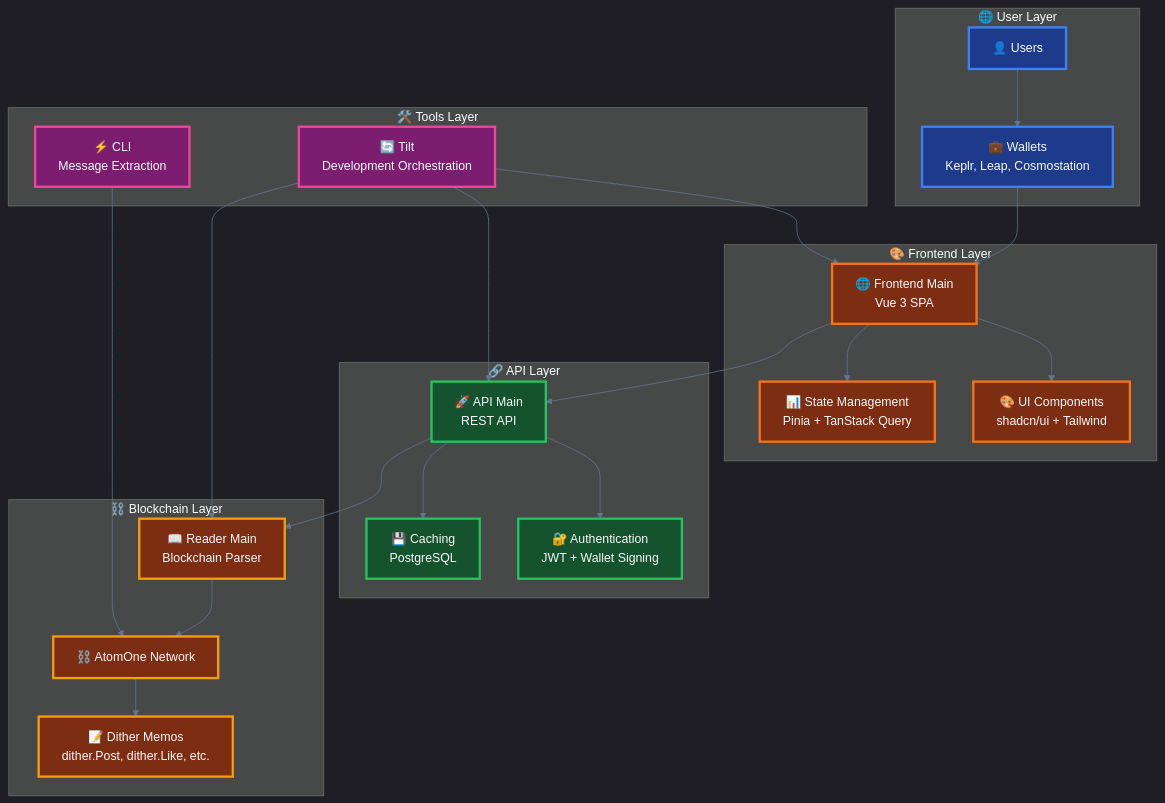
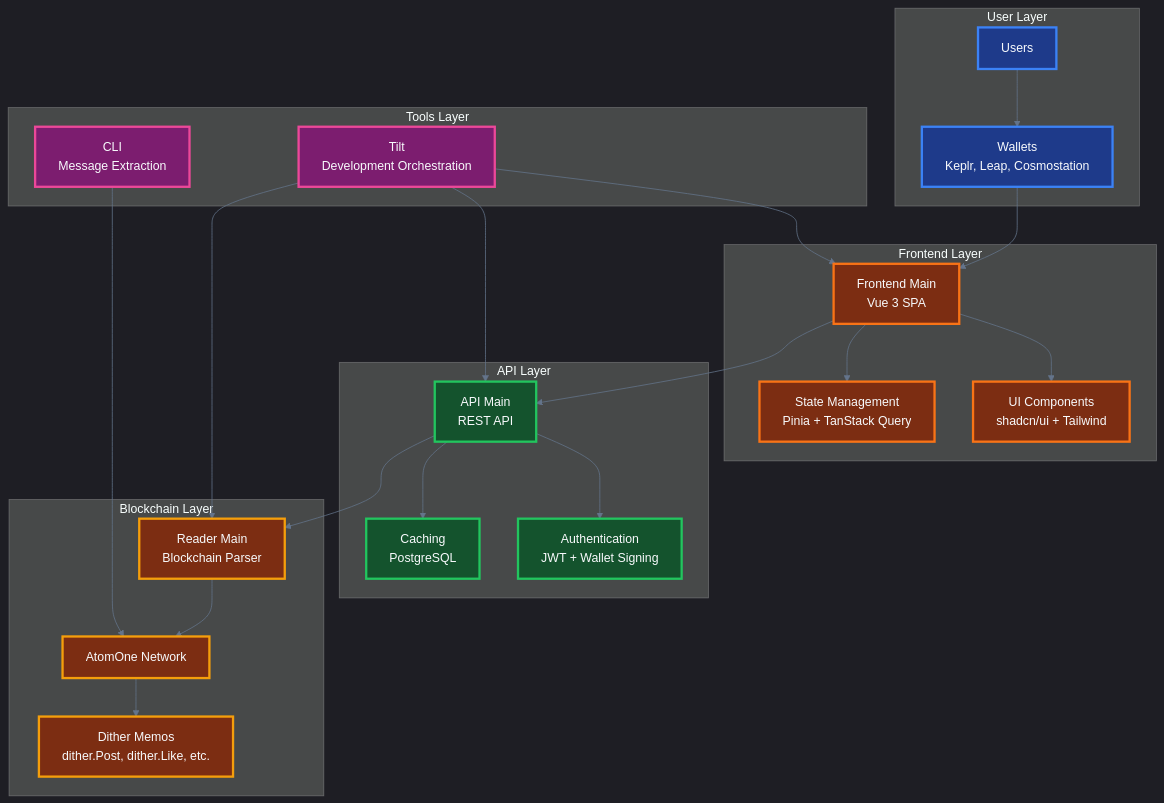
The first of 3 diagrams in packages/frontend-main/ARCHITECTURE.md (allinbits/dither.chat), drawn with Mermaid before and after one commit. The commit also changed other lines of this file and 2 other files, not shown here.

````diff
--- a/packages/frontend-main/ARCHITECTURE.md
+++ b/packages/frontend-main/ARCHITECTURE.md
@@ -7,58 +7,58 @@
 ```mermaid
 %%{init: {'theme':'dark', 'themeVariables': { 'primaryColor': '#1e40af', 'primaryTextColor': '#f8fafc', 'primaryBorderColor': '#60a5fa', 'lineColor': '#64748b', 'secondaryColor': '#1e293b', 'tertiaryColor': '#334155'}}}%%
 graph TB
-    subgraph "🌐 User Layer"
-        U[👤 Users]
-        W[💼 Wallets<br/>Keplr, Leap, Cosmostation]
+    subgraph "User Layer"
+        U[Users]
+        W[Wallets<br/>Keplr, Leap, Cosmostation]
     end
 
-    subgraph "🎨 Frontend Layer"
-        F[🌐 Frontend Main<br/>Vue 3 SPA]
-        UI[🎨 UI Components<br/>shadcn/ui + Tailwind]
-        ST[📊 State Management<br/>Pinia + TanStack Query]
+    subgraph "Frontend Layer"
+        F[Frontend Main<br/>Vue 3 SPA]
+        UI[UI Components<br/>shadcn/ui + Tailwind]
+        ST[State Management<br/>Pinia + TanStack Query]
     end
 
-    subgraph "🔗 API Layer"
-        API[🚀 API Main<br/>REST API]
-        AUTH[🔐 Authentication<br/>JWT + Wallet Signing]
-        CACHE[💾 Caching<br/>PostgreSQL]
+    subgraph "API Layer"
+        API[API Main<br/>REST API]
+        AUTH[Authentication<br/>JWT + Wallet Signing]
+        CACHE[Caching<br/>PostgreSQL]
     end
 
-    subgraph "⛓️ Blockchain Layer"
-        BC[⛓️ AtomOne Network]
-        READER[📖 Reader Main<br/>Blockchain Parser]
-        MEMO[📝 Dither Memos<br/>dither.Post, dither.Like, etc.]
+    subgraph "Blockchain Layer"
+        BC[AtomOne Network]
+        READER[Reader Main<br/>Blockchain Parser]
+        MEMO[Dither Memos<br/>dither.Post, dither.Like, etc.]
     end
 
-    subgraph "🛠️ Tools Layer"
-        CLI[⚡ CLI<br/>Message Extraction]
-        TILT[🔄 Tilt<br/>Development Orchestration]
+    subgraph "Tools Layer"
+        CLI[CLI<br/>Message Extraction]
+        TILT[Tilt<br/>Development Orchestration]
     end
 
     U --> W
     W --> F
     F --> UI
     F --> ST
     F --> API
     API --> AUTH
     API --> CACHE
     API --> READER
     READER --> BC
     BC --> MEMO
     CLI --> BC
     TILT --> F
     TILT --> API
     TILT --> READER
 
     classDef userLayer fill:#1e3a8a,stroke:#3b82f6,stroke-width:3px,color:#f8fafc
     classDef frontendLayer fill:#7c2d12,stroke:#f97316,stroke-width:3px,color:#f8fafc
     classDef apiLayer fill:#14532d,stroke:#22c55e,stroke-width:3px,color:#f8fafc
     classDef blockchainLayer fill:#7c2d12,stroke:#f59e0b,stroke-width:3px,color:#f8fafc
     classDef toolsLayer fill:#7c1d6f,stroke:#ec4899,stroke-width:3px,color:#f8fafc
 
     class U,W userLayer
     class F,UI,ST frontendLayer
     class API,AUTH,CACHE apiLayer
     class BC,READER,MEMO blockchainLayer
     class CLI,TILT toolsLayer
 ```
````
